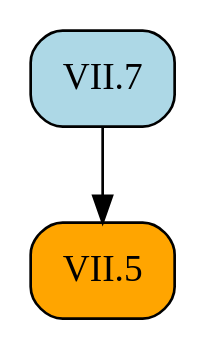
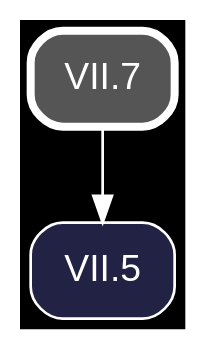
Before and after one commit to geometor/elements: the diagram in docsrc/heath/VII/7/index.rst, drawn with Graphviz. The commit also changed other lines of this file and 1200 other files, not shown here.

Commit message:
update dependency graphs

```diff
--- a/docsrc/heath/VII/7/index.rst
+++ b/docsrc/heath/VII/7/index.rst
@@ -36,9 +36,11 @@
 .. graphviz::
 
    digraph {
+     bgcolor="black";
+     node [shape=box, style="rounded,filled", fontname="Helvetica", color="white", fontcolor="white"];
+     edge [color="white", fontcolor="white"];
      rankdir="TB";
-     node [shape=box, style=rounded];
-     "VII.5" [style="rounded,filled", fillcolor=orange, URL="/heath/VII/5/", target="_top"];
-     "VII.7" [style="rounded,filled", fillcolor=lightblue, URL="/heath/VII/7/", target="_top"];
+     "VII.7" [penwidth=3, color="white", fillcolor="#555555", URL="/heath/VII/7/", target="_top"];
+     "VII.5" [fillcolor="#222244", URL="/heath/VII/5/", target="_top"];
      "VII.7" -> "VII.5";
    }
```
